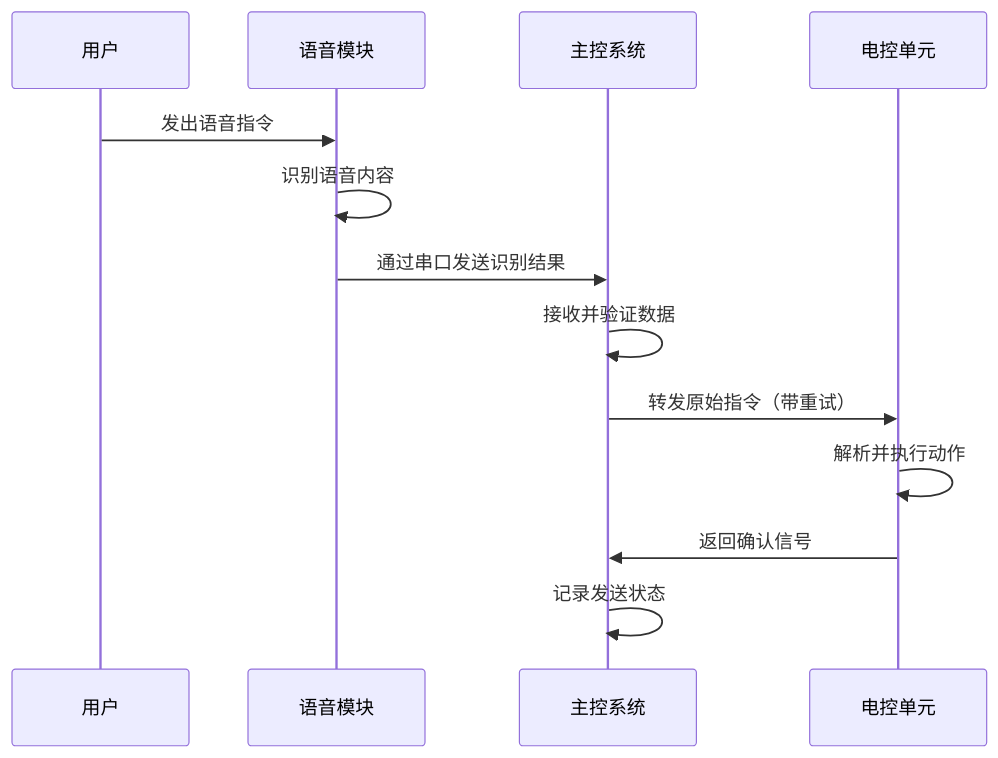
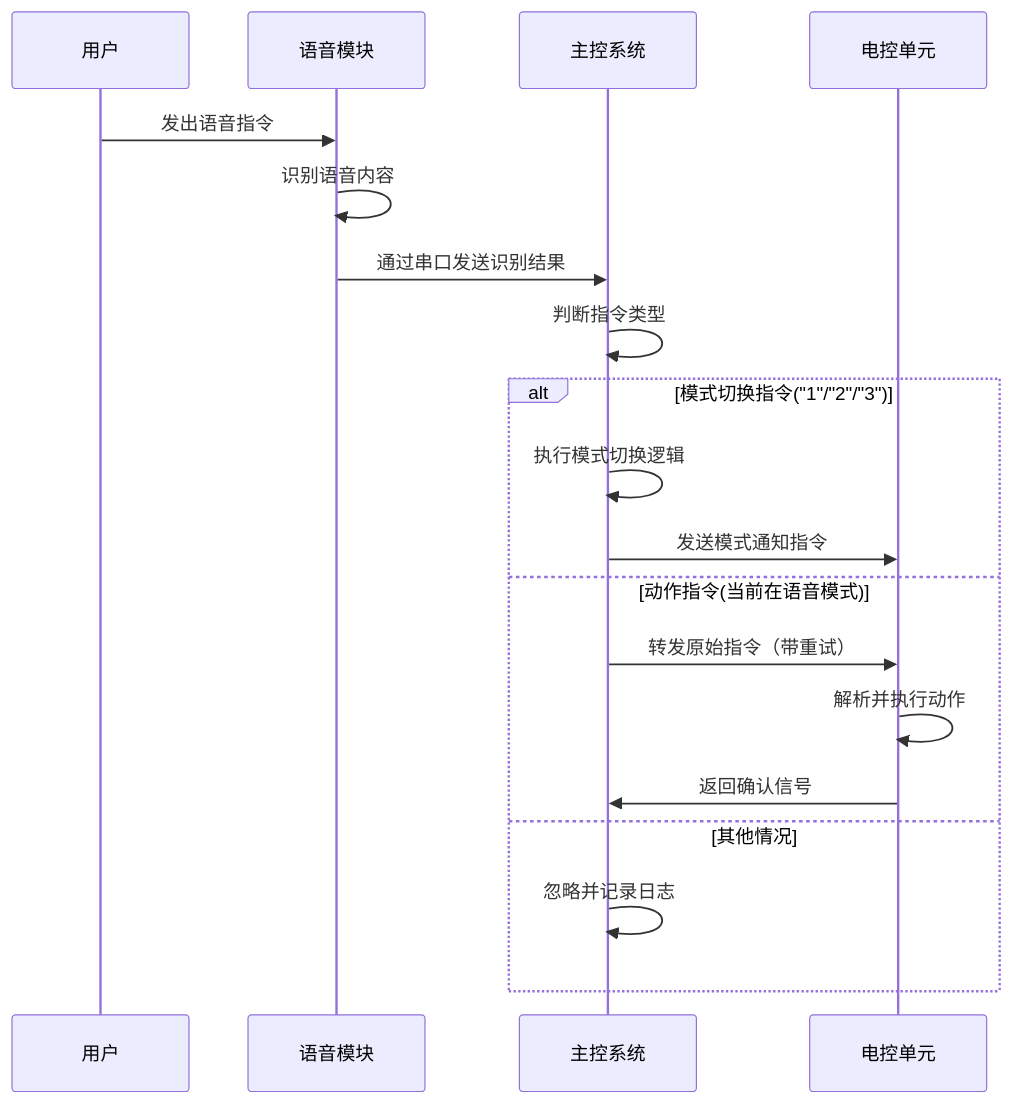
Before and after one commit to AlexanderTsui/DanceRobot_final: the first of 3 diagrams in 项目运行过程详解.md, drawn with Mermaid. The commit also changed other lines of this file and 10 other files, not shown here.

````diff
--- a/项目运行过程详解.md
+++ b/项目运行过程详解.md
@@ -240,16 +269,22 @@
 ```mermaid
 sequenceDiagram
     participant User as 用户
     participant VoiceModule as 语音模块
     participant MCU as 主控系统
     participant ECU as 电控单元
     
     User->>VoiceModule: 发出语音指令
     VoiceModule->>VoiceModule: 识别语音内容
     VoiceModule->>MCU: 通过串口发送识别结果
-    MCU->>MCU: 接收并验证数据
-    MCU->>ECU: 转发原始指令（带重试）
-    ECU->>ECU: 解析并执行动作
-    ECU->>MCU: 返回确认信号
-    MCU->>MCU: 记录发送状态
+    MCU->>MCU: 判断指令类型
+    alt 模式切换指令("1"/"2"/"3")
+        MCU->>MCU: 执行模式切换逻辑
+        MCU->>ECU: 发送模式通知指令
+    else 动作指令(当前在语音模式)
+        MCU->>ECU: 转发原始指令（带重试）
+        ECU->>ECU: 解析并执行动作
+        ECU->>MCU: 返回确认信号
+    else 其他情况
+        MCU->>MCU: 忽略并记录日志
+    end
 ```
````
